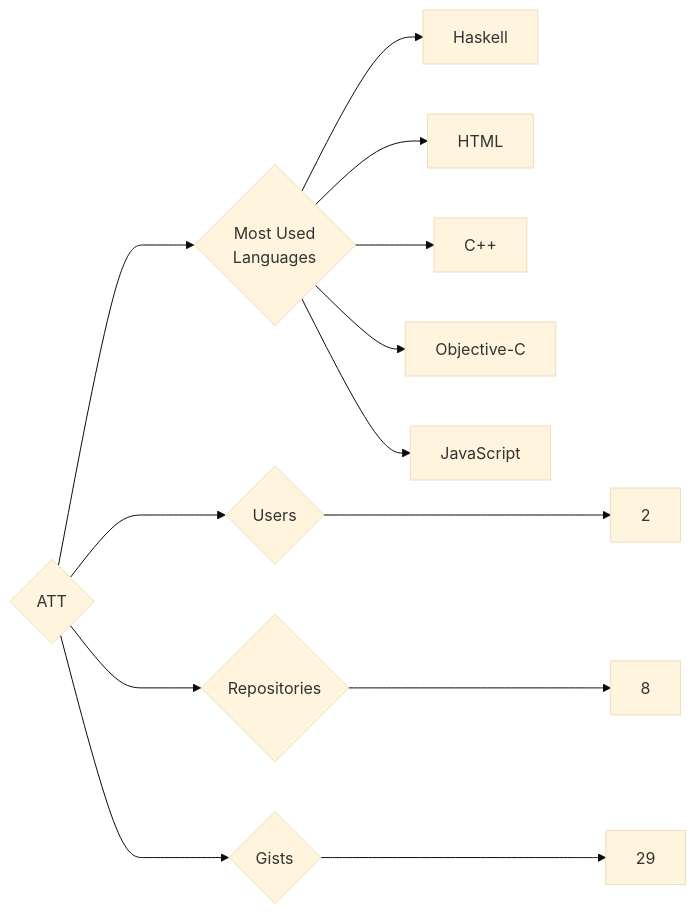
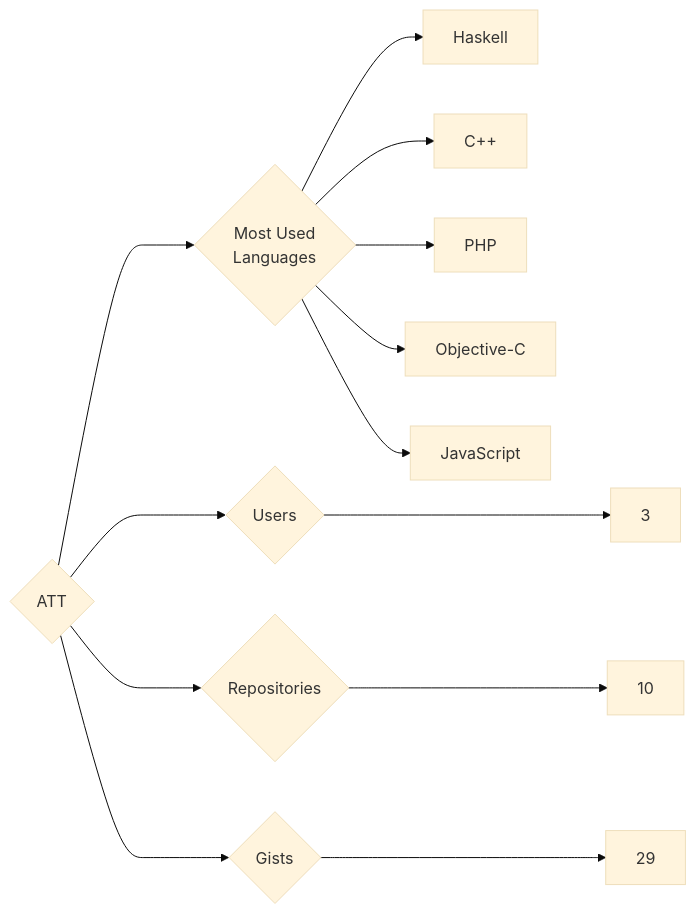
The diagram in targets/ATT/README.md (trickest/insiders), drawn with Mermaid (base theme) before and after one commit. The commit also changed 938 other files, not shown here.

````diff
--- a/targets/ATT/README.md
+++ b/targets/ATT/README.md
@@ -3,13 +3,13 @@
 ```mermaid
 graph LR
 COMPANY_NAME{ATT}
-COMPANY_NAME ---> U{Users} ---> UN[2]
-COMPANY_NAME ---> R{Repositories} ---> RN[8]
+COMPANY_NAME ---> U{Users} ---> UN[3]
+COMPANY_NAME ---> R{Repositories} ---> RN[10]
 COMPANY_NAME ---> G{Gists} ---> GN[29]
 COMPANY_NAME ---> ML{Most Used<br>Languages}
 ML --> Haskell[Haskell]
-ML --> HTML[HTML]
 ML --> C++[C++]
+ML --> PHP[PHP]
 ML --> Objective-C[Objective-C]
 ML --> JavaScript[JavaScript]
 ```
````
